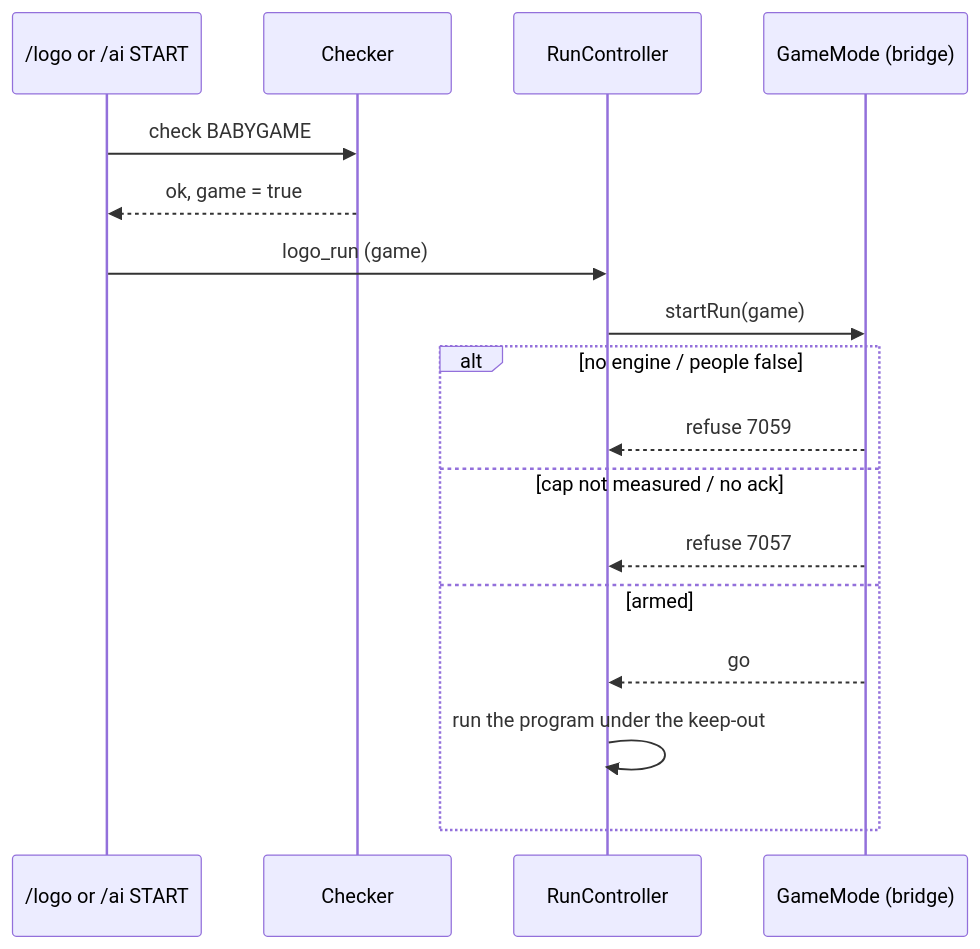
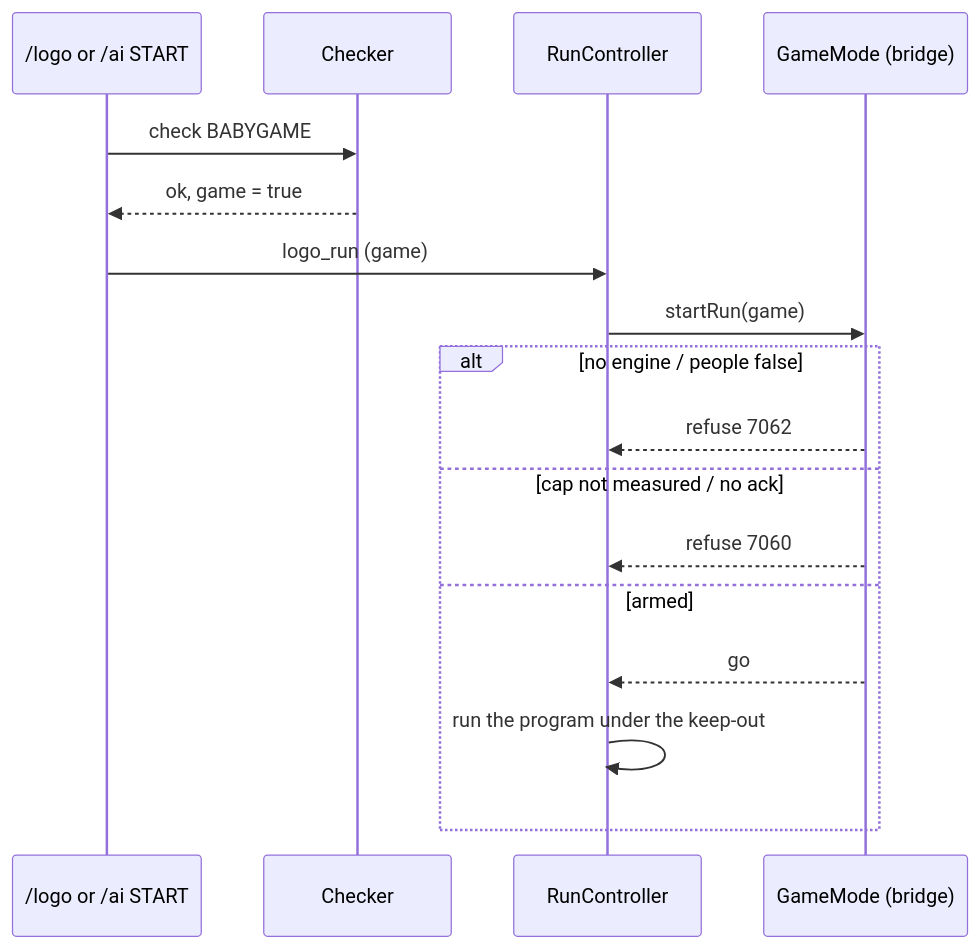
Diagram 29 of 29 in docs/lld/tank-logo-lld.md (mannuray/conqueror), drawn with Mermaid before and after one commit. The commit also changed other lines of this file and 2 other files, not shown here.

````diff
--- a/docs/lld/tank-logo-lld.md
+++ b/docs/lld/tank-logo-lld.md
@@ -1773,19 +1773,19 @@
 ```mermaid
 sequenceDiagram
     participant Pg as /logo or /ai START
     participant C as Checker
     participant R as RunController
     participant G as GameMode (bridge)
     Pg->>C: check BABYGAME
     C-->>Pg: ok, game = true
     Pg->>R: logo_run (game)
     R->>G: startRun(game)
     alt no engine / people false
-        G-->>R: refuse 7059
+        G-->>R: refuse 7062
     else cap not measured / no ack
-        G-->>R: refuse 7057
+        G-->>R: refuse 7060
     else armed
         G-->>R: go
         R->>R: run the program under the keep-out
     end
 ```
````
